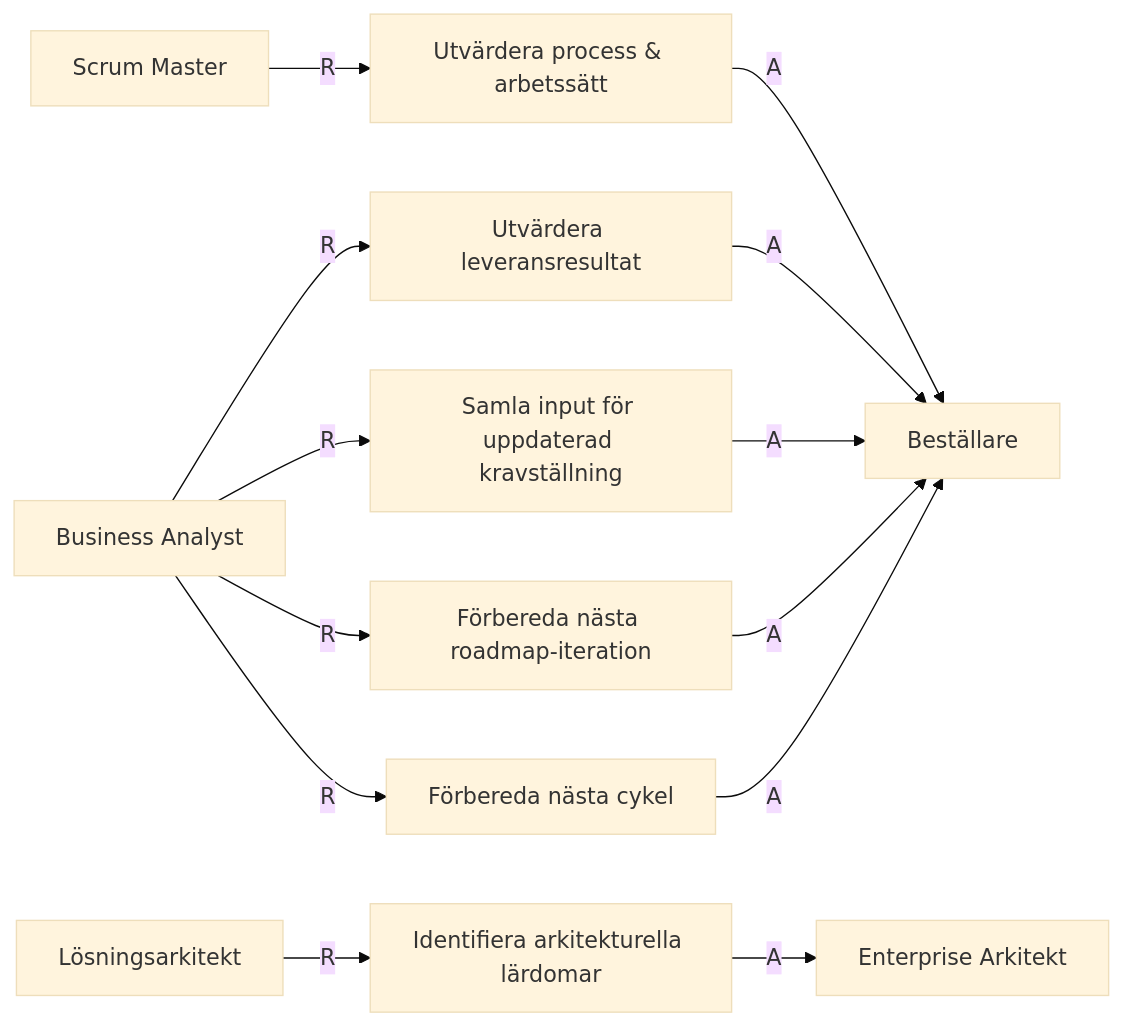
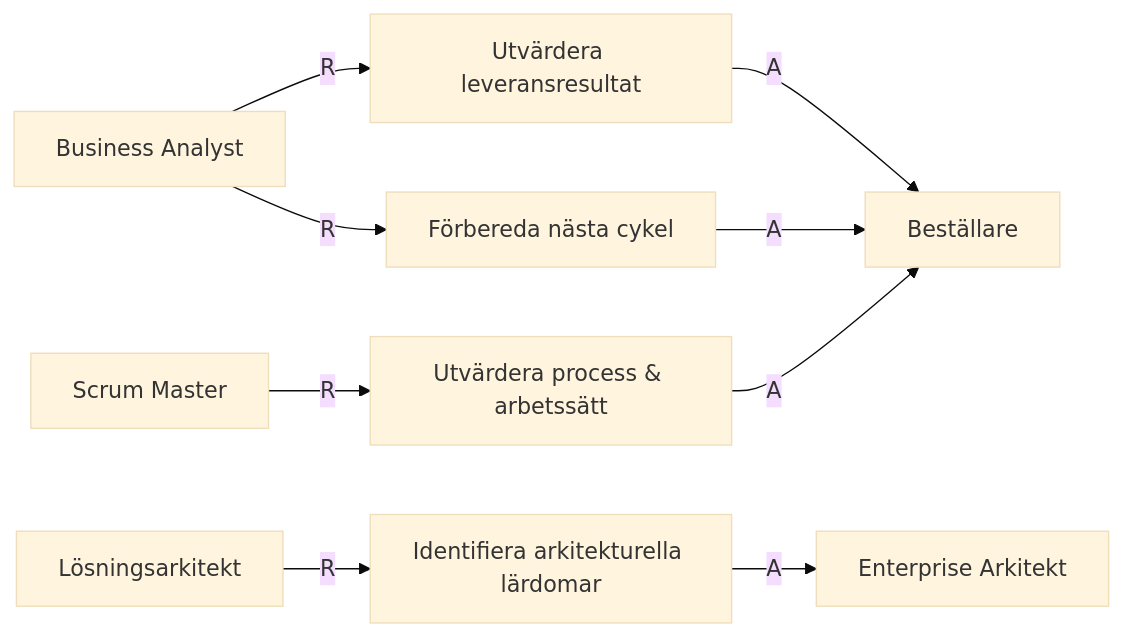
Before and after one commit to Riniga/valuestream-os: the second of 3 diagrams in framework/standard/RACI/5. Repeat.md, drawn with Mermaid (base theme). The commit also changed other lines of this file and 17 other files, not shown here.

````diff
--- a/framework/standard/RACI/5. Repeat.md
+++ b/framework/standard/RACI/5. Repeat.md
@@ -29,29 +25,23 @@
 ```mermaid
 flowchart LR
     A1["Utvärdera leveransresultat"]
     A2["Utvärdera process & arbetssätt"]
-    B1["Samla input för uppdaterad kravställning"]
-    B2["Identifiera arkitekturella lärdomar"]
-    B3["Förbereda nästa roadmap-iteration"]
+    B1["Identifiera arkitekturella lärdomar"]
     C1["Förbereda nästa cykel"]
 
     BA["Business Analyst"]
     SM["Scrum Master"]
     LA["Lösningsarkitekt"]
     EA["Enterprise Arkitekt"]
     BE["Beställare"]
 
     BA -- R --> A1
     SM -- R --> A2
-    BA -- R --> B1
-    LA -- R --> B2
-    BA -- R --> B3
+    LA -- R --> B1
     BA -- R --> C1
 
     A1 -- A --> BE
     A2 -- A --> BE
-    B1 -- A --> BE
-    B2 -- A --> EA
-    B3 -- A --> BE
+    B1 -- A --> EA
     C1 -- A --> BE
 ```
````
